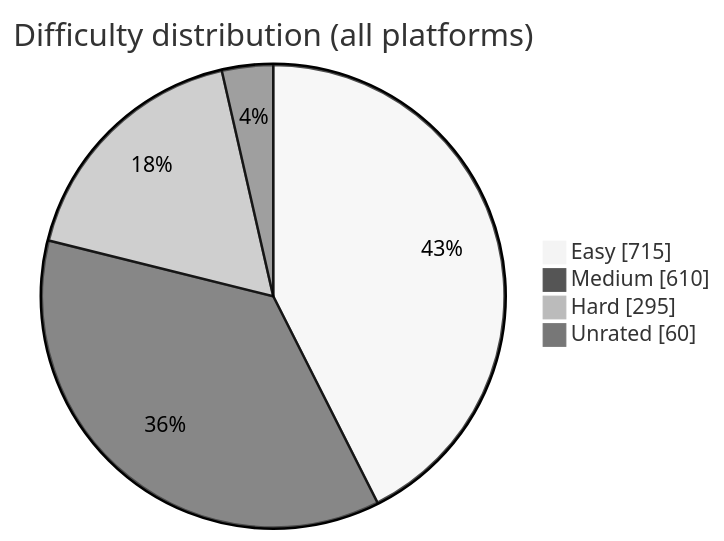
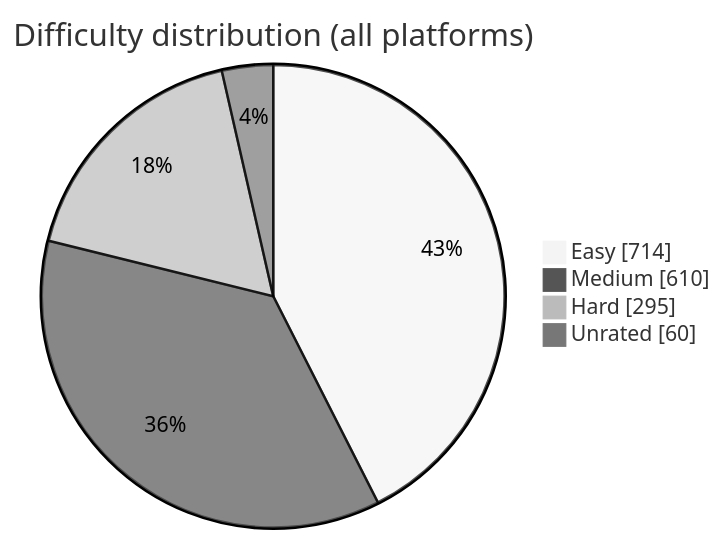
One commit to BuildbyArindam/Daily-Coding-Log changed the diagram in README.md. Above: the diagram before and after it, drawn with Mermaid (neutral theme). The commit also changed other lines of this file, not shown here.

````diff
--- a/README.md
+++ b/README.md
@@ -93,7 +93,7 @@
 ```mermaid
 pie showData title Difficulty distribution (all platforms)
-    "Easy" : 715
+    "Easy" : 714
     "Medium" : 610
     "Hard" : 295
     "Unrated" : 60
 ```
````
